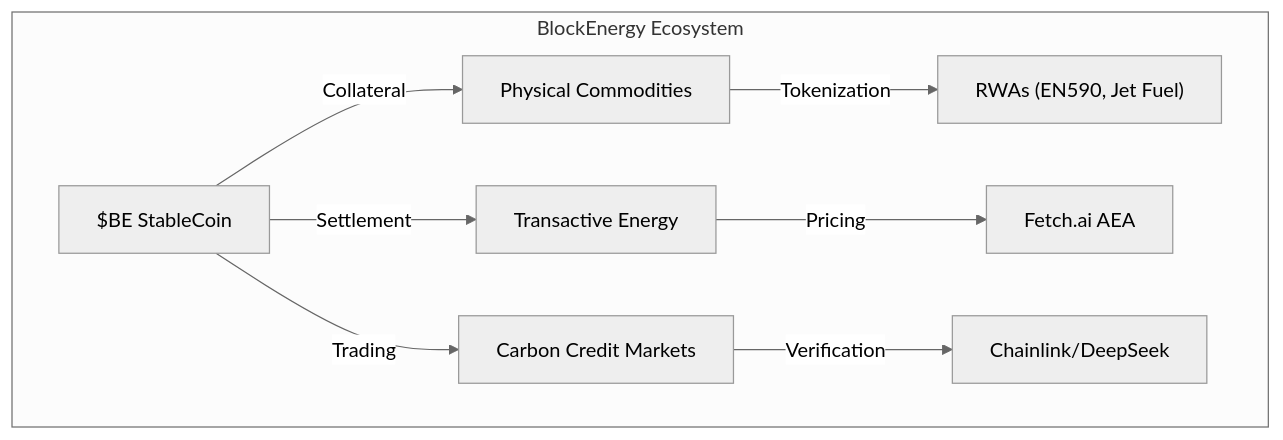
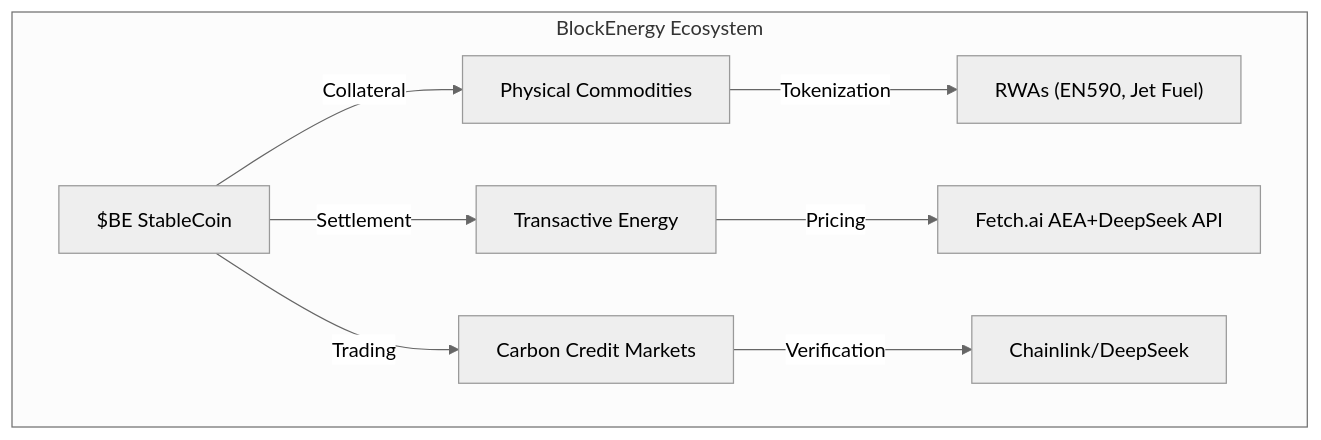
One commit to KY-BChain/blockenergy-public changed the first of 2 diagrams in README.md. Above: the diagram before and after it, drawn with Mermaid (neutral theme).

````diff
--- a/README.md
+++ b/README.md
@@ -19,13 +19,13 @@
 ```mermaid
 flowchart TD
     subgraph EcoSystem["BlockEnergy Ecosystem"]
         direction LR
         Stablecoin["$BE StableCoin"] -->|Collateral| Commodities["Physical Commodities"]
         Stablecoin -->|Settlement| EnergyGrid["Transactive Energy"]
         Stablecoin -->|Trading| Carbon["Carbon Credit Markets"]
         
         Commodities -->|Tokenization| RWA["RWAs (EN590, Jet Fuel)"]
-        EnergyGrid -->|Pricing| AI["Fetch.ai AEA"]
+        EnergyGrid -->|Pricing| AI["Fetch.ai AEA+DeepSeek API"]
         Carbon -->|Verification| Oracle["Chainlink/DeepSeek"]
     end
 ```
````
